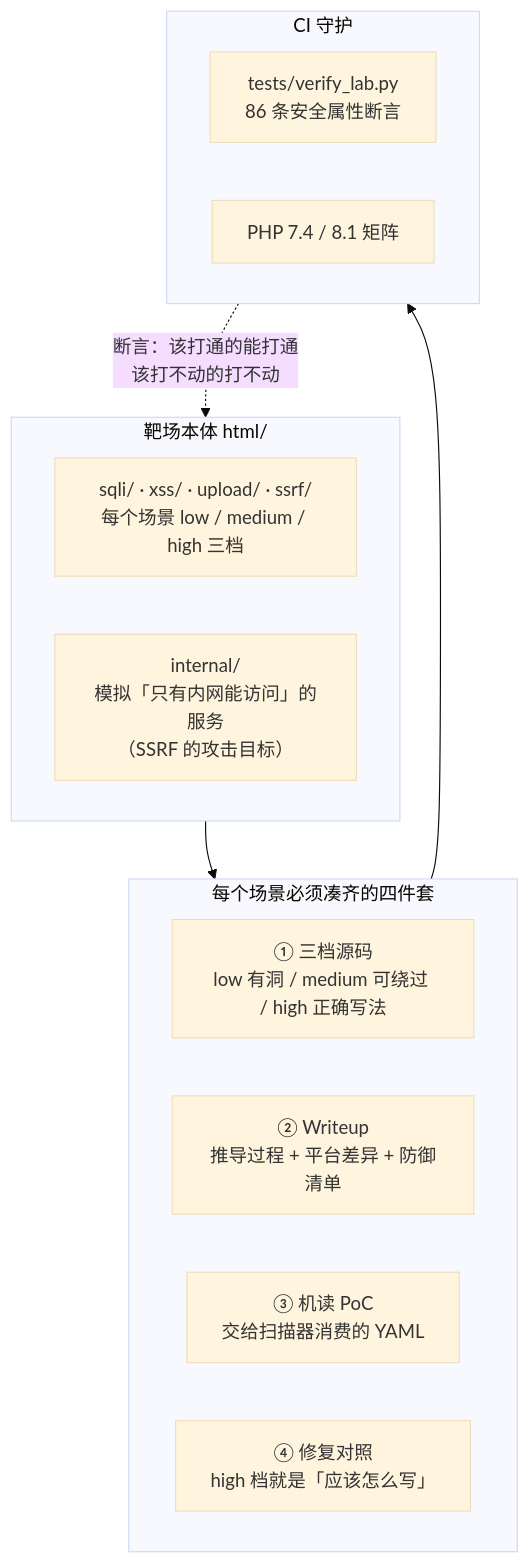
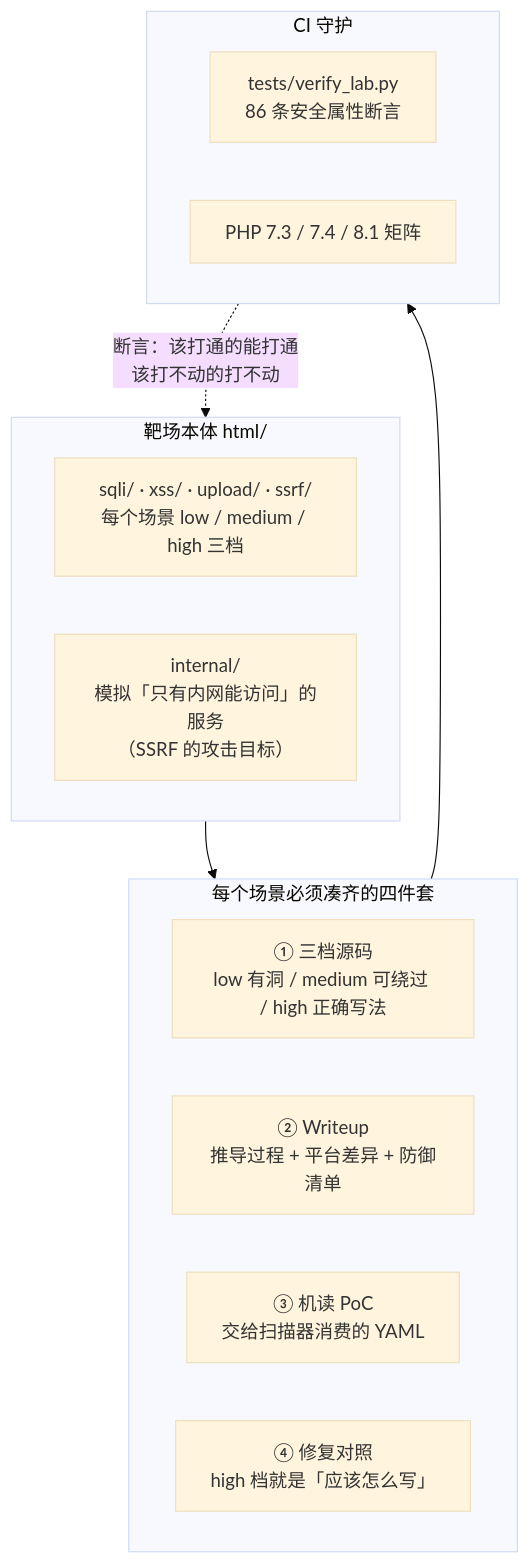
Before and after one commit to hediwen831-star/vulnlab: the diagram in README.md, drawn with Mermaid (base theme). The commit also changed other lines of this file and 3 other files, not shown here.

````diff
--- a/README.md
+++ b/README.md
@@ -92,24 +92,24 @@
 ```mermaid
 flowchart TB
     subgraph LAB["靶场本体 html/"]
         L1["sqli/ · xss/ · upload/ · ssrf/<br/>每个场景 low / medium / high 三档"]
         L2["internal/<br/>模拟「只有内网能访问」的服务<br/>（SSRF 的攻击目标）"]
     end
 
     subgraph SET["每个场景必须凑齐的四件套"]
         direction LR
         A1["① 三档源码<br/>low 有洞 / medium 可绕过 / high 正确写法"]
         A2["② Writeup<br/>推导过程 + 平台差异 + 防御清单"]
         A3["③ 机读 PoC<br/>交给扫描器消费的 YAML"]
         A4["④ 修复对照<br/>high 档就是「应该怎么写」"]
     end
 
     subgraph CI["CI 守护"]
         C1["tests/verify_lab.py<br/>86 条安全属性断言"]
-        C2["PHP 7.4 / 8.1 矩阵"]
+        C2["PHP 7.3 / 7.4 / 8.1 矩阵"]
     end
 
     LAB --> SET
     SET --> CI
     CI -. "断言：该打通的能打通<br/>该打不动的打不动" .-> LAB
 ```
````
